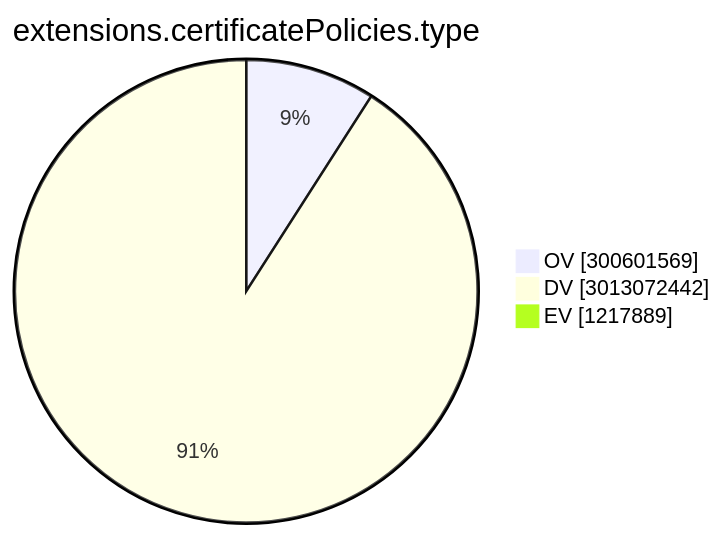
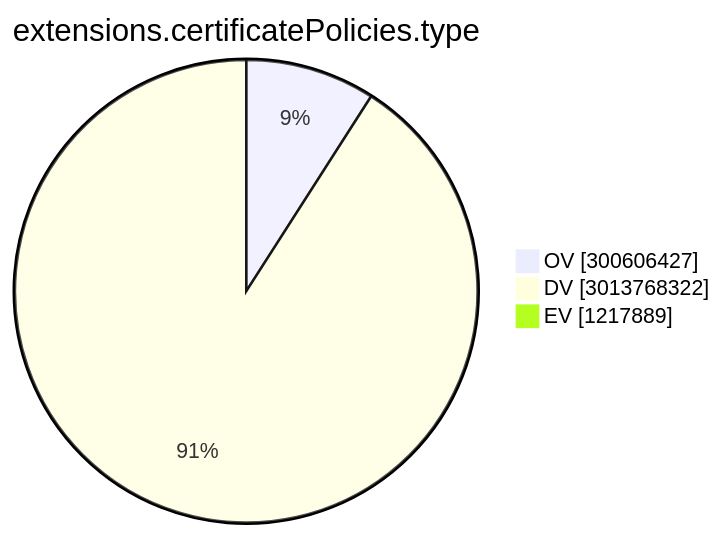
The ninth of 15 diagrams in TOTAL/README.md (christiankrug/ctmonitor_visualization), drawn with Mermaid before and after one commit. The commit also changed other lines of this file, not shown here.

````diff
--- a/TOTAL/README.md
+++ b/TOTAL/README.md
@@ -3102,7 +3102,7 @@
 ```mermaid
 pie showData
 title extensions.certificatePolicies.type
-"OV" :300601569
-"DV" :3013072442
+"OV" :300606427
+"DV" :3013768322
 "EV" :1217889
 ```
````
